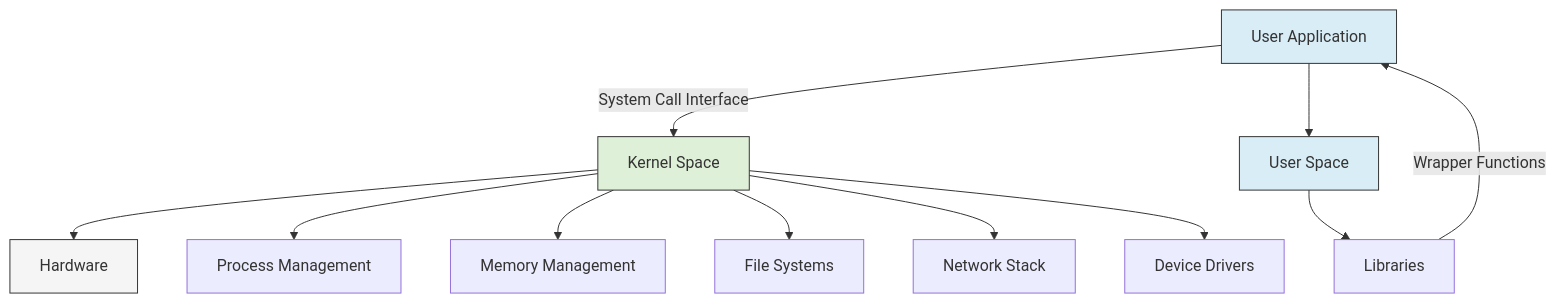
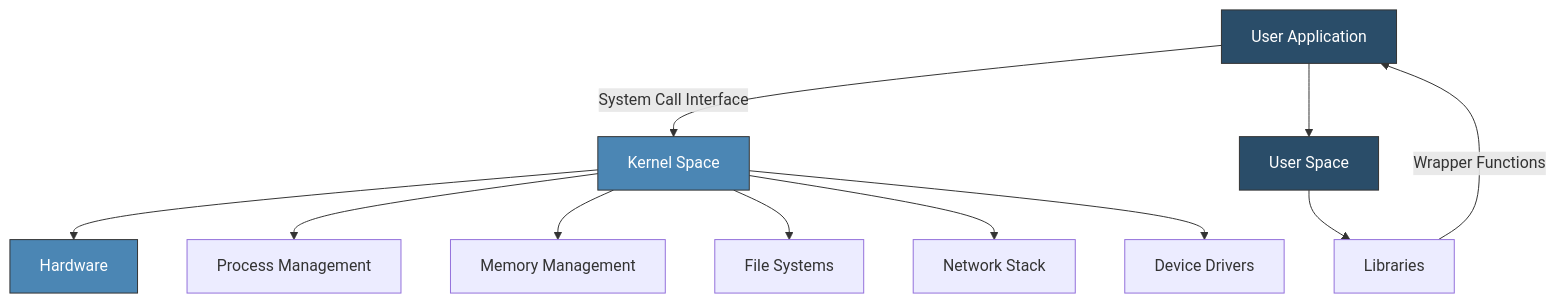
Before and after one commit to Ananya-Addisu/Endless-OS: the eighth of 9 diagrams in README.md, drawn with Mermaid. The commit also changed other lines of this file, not shown here.

````diff
--- a/README.md
+++ b/README.md
@@ -479,20 +505,20 @@
 ```mermaid
 graph TD
     A[User Application] -->|System Call Interface| B[Kernel Space]
     A --> C[User Space]
     B --> D[Hardware]
     
     C --> E[Libraries]
     E -->|Wrapper Functions| A
     
     B --> F[Process Management]
     B --> G[Memory Management]
     B --> H[File Systems]
     B --> I[Network Stack]
     B --> J[Device Drivers]
     
-    style A fill:#d9edf7,stroke:#333,stroke-width:1px
-    style B fill:#dff0d8,stroke:#333,stroke-width:1px
-    style C fill:#d9edf7,stroke:#333,stroke-width:1px
-    style D fill:#f5f5f5,stroke:#333,stroke-width:1px
+    style A fill:#2A4D69,stroke:#333,stroke-width:1px,color:#ffffff
+    style B fill:#4B86B4,stroke:#333,stroke-width:1px,color:#ffffff
+    style C fill:#2A4D69,stroke:#333,stroke-width:1px,color:#ffffff
+    style D fill:#4B86B4,stroke:#333,stroke-width:1px,color:#ffffff
 ```
````
